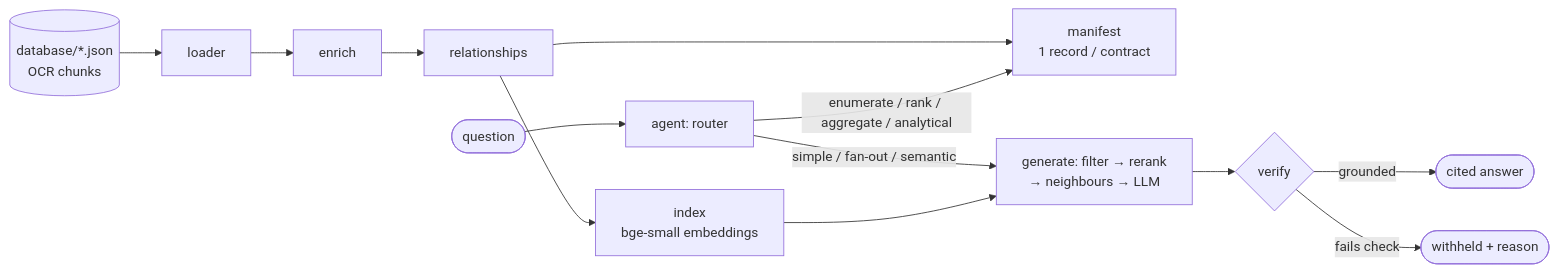
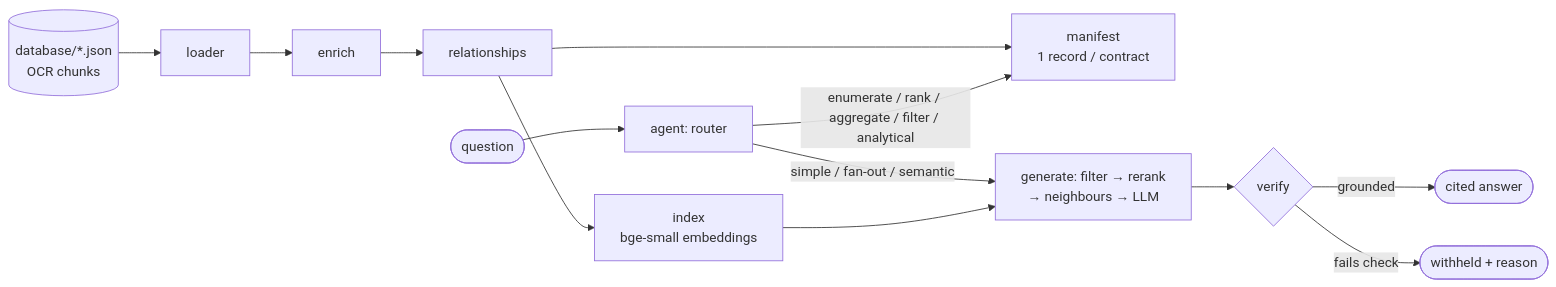
Before and after one commit to rbodarve/sentri-backend: the diagram in README.md, drawn with Mermaid. The commit also changed other lines of this file and 9 other files, not shown here.

````diff
--- a/README.md
+++ b/README.md
@@ -93,13 +93,13 @@
 ```mermaid
 flowchart LR
     DB[(database/*.json<br/>OCR chunks)] --> L[loader] --> E[enrich] --> R[relationships]
     R --> I[index<br/>bge-small embeddings]
     R --> M[manifest<br/>1 record / contract]
     Q([question]) --> A[agent: router]
     A -->|simple / fan-out / semantic| G[generate: filter → rerank<br/>→ neighbours → LLM]
-    A -->|enumerate / rank / aggregate / analytical| M
+    A -->|enumerate / rank / aggregate / filter / analytical| M
     I --> G
     G --> V{verify}
     V -->|grounded| OUT([cited answer])
     V -->|fails check| W([withheld + reason])
 ```
````
